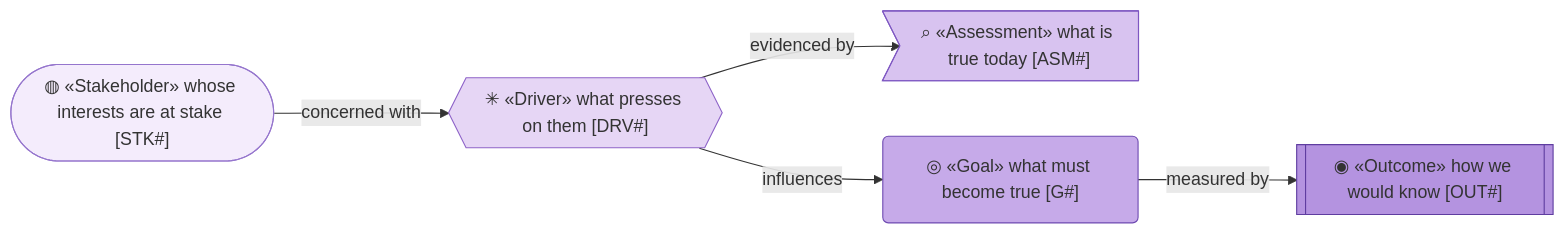
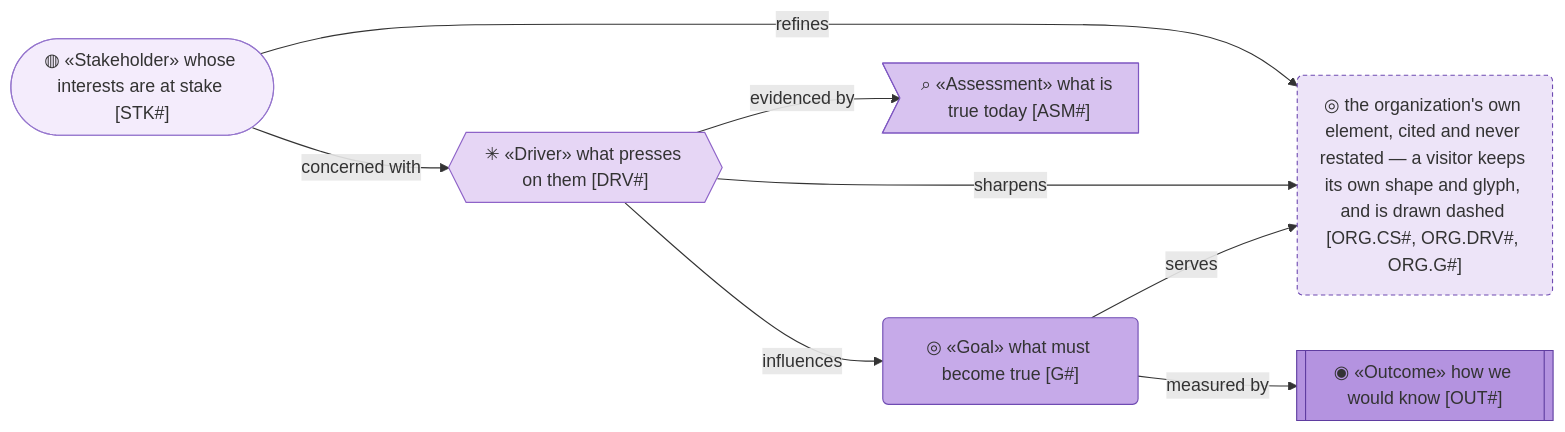
Before and after one commit to roanboc/architecture-archreator: the first of 4 diagrams in product-archreator/architecture/1_strategy/1_motivation.md, drawn with Mermaid. The commit also changed other lines of this file and 17 other files, not shown here.

````diff
--- a/product-archreator/architecture/1_strategy/1_motivation.md
+++ b/product-archreator/architecture/1_strategy/1_motivation.md
@@ -18,19 +18,24 @@
 ```mermaid
 flowchart LR
   stk(["◍ «Stakeholder» whose interests are at stake [STK#]"]):::stakeholder
   drv{{"✳ «Driver» what presses on them [DRV#]"}}:::driver
   asm>"⌕ «Assessment» what is true today [ASM#]"]:::assessment
   goal("◎ «Goal» what must become true [G#]"):::goal
   out[["◉ «Outcome» how we would know [OUT#]"]]:::outcome
+  parent("◎ the organization's own element, cited and never restated — a visitor keeps its own shape and glyph, and is drawn dashed [ORG.CS#, ORG.DRV#, ORG.G#]"):::parent
 
+  stk -->|refines| parent
   stk -->|concerned with| drv
   drv -->|evidenced by| asm
+  drv -->|sharpens| parent
   drv -->|influences| goal
+  goal -->|serves| parent
   goal -->|measured by| out
 
+  classDef parent fill:#ede4f8,stroke:#6f4bb2,color:#333,stroke-dasharray: 4 3
   classDef stakeholder fill:#f4ecfc,stroke:#9575cd,color:#333
   classDef driver fill:#e6d6f5,stroke:#8e63c8,color:#333
   classDef assessment fill:#d8c3f0,stroke:#7e57c2,color:#333
   classDef goal fill:#c6aae9,stroke:#6f4bb2,color:#333
   classDef outcome fill:#b493e0,stroke:#5f3da0,color:#333
 ```
````
